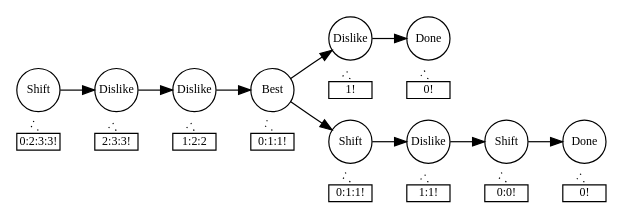
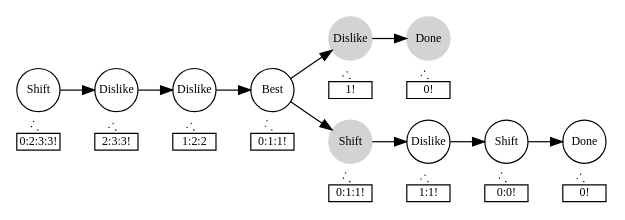
One commit to jyp/topics changed the diagram in FunctionalIncrementalParsing/progress.dot. Above: the diagram before and after it, drawn with Graphviz. The commit also changed 2 other files, not shown here.

```diff
--- a/FunctionalIncrementalParsing/progress.dot
+++ b/FunctionalIncrementalParsing/progress.dot
@@ -1,57 +1,60 @@
 
 
 digraph progress {
 rankdir=LR;
 ranksep=0.4;
 size=5;
 node [fontsize=10,shape=circle,fixedsize = true, width = 0.5];
+node [style=filled, color=lightgrey];
+c4a; c5a; c4b;
+node [style=solid,color=black];
 c0 [label = "Shift"];
 c1 [label = "Dislike"];
 c2 [label = "Dislike"];
 c3 [label = "Best"];
 c4a [label = "Dislike"];
 c5a [label = "Done"];
 c4b [label = "Shift"];
 c5b [label = "Dislike"];
 c6b [label = "Shift"];
 c7b [label = "Done"];
 c0 -> c1 -> c2 -> c3 -> c4a -> c5a;
                   c3 -> c4b -> c5b -> c6b -> c7b;
 
 // Progress info
 node [shape = rectangle,height=0.2]
 edge [minlen=0,style=dotted,arrowtail=none,headport=n,tailport=s,arrowhead=none]
 
 
 p5a [label = "0!"];
 c5a -> p5a;
 
 p4a [label = "1!"];
 c4a -> p4a;
 
 p7b [label = "0!"];
 c7b -> p7b
 
 p6b [label = "0:0!"];
 c6b -> p6b
 
 p5b [label = "1:1!"];
 c5b -> p5b
 
 p4b [label = "0:1:1!"];
 c4b -> p4b
 
 p3 [label = "0:1:1!"];
 c3 -> p3;
 
 p2 [label = "1:2:2"];
 c2 -> p2;
 
 p1 [label = "2:3:3!"];
 c1 -> p1;
 
 p0 [label = "0:2:3:3!"];
 c0 -> p0;
 
 
 }
```
